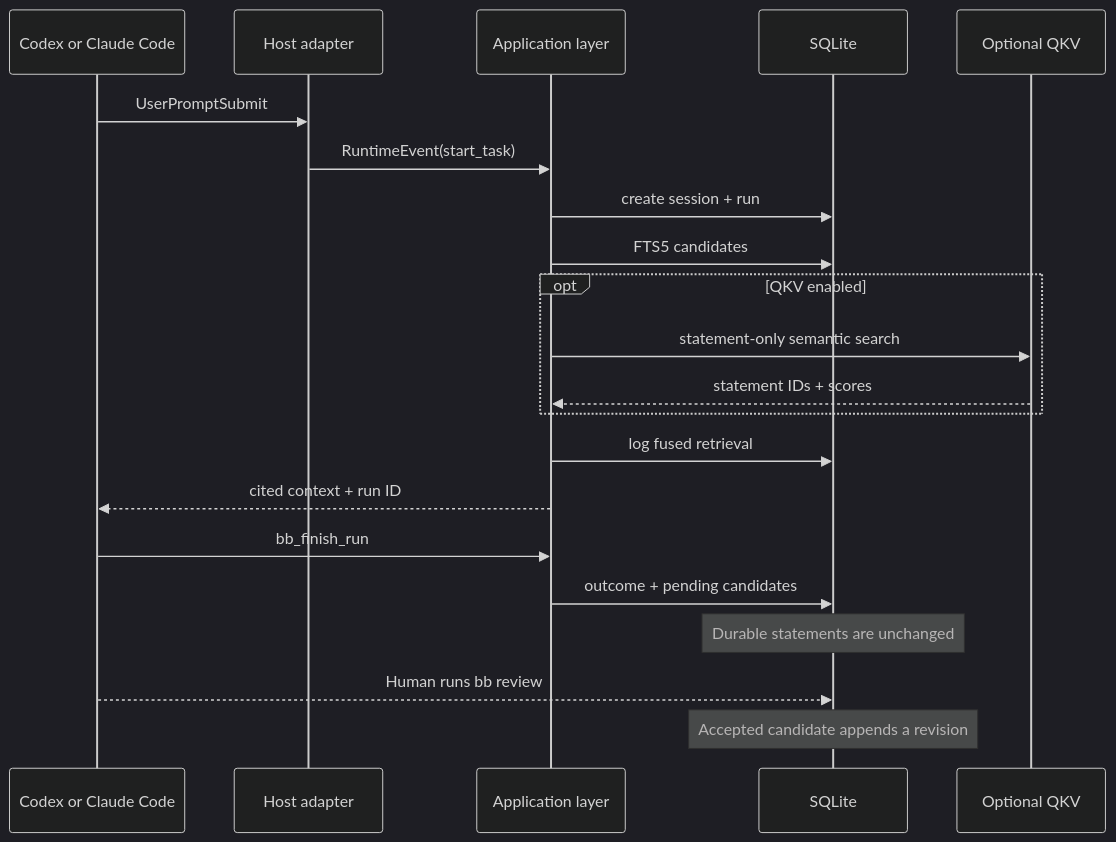
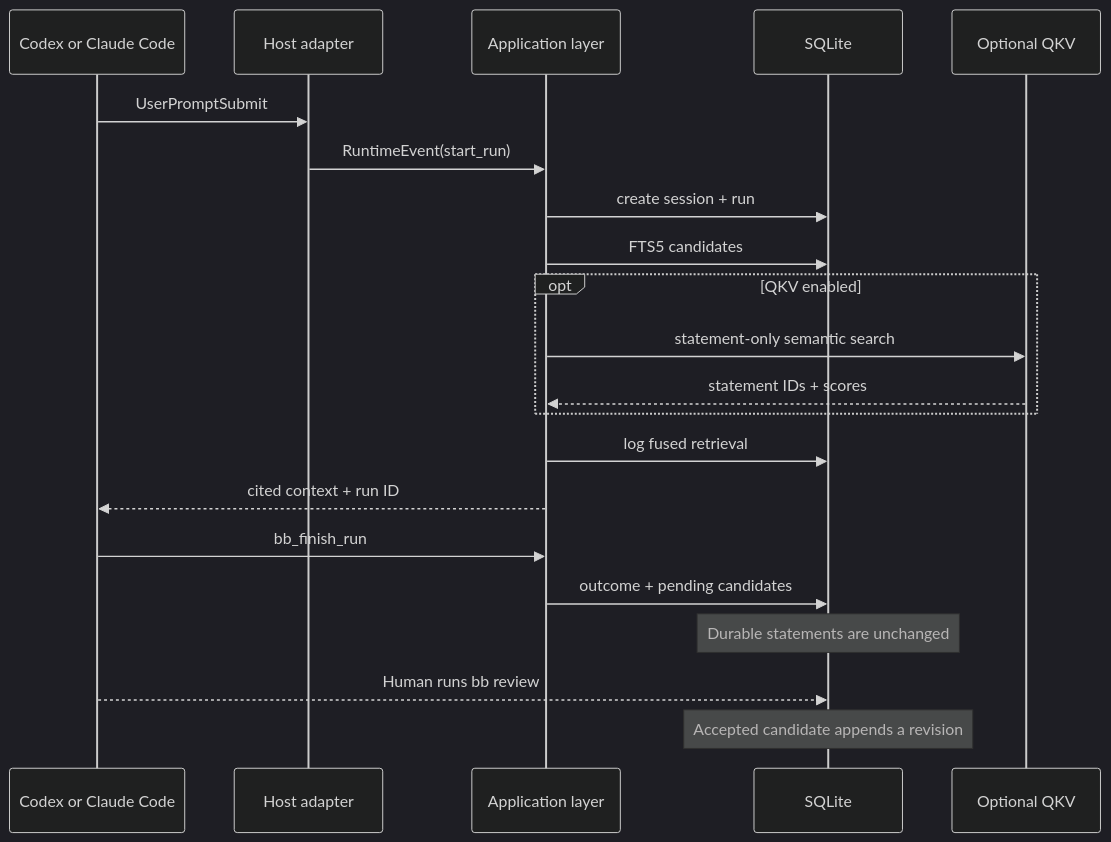
Before and after one commit to BreadBowlAI/bb-code: the second of 2 diagrams in docs/ARCHITECTURE.md, drawn with Mermaid (dark theme). The commit also changed 23 other files, not shown here.

````diff
--- a/docs/ARCHITECTURE.md
+++ b/docs/ARCHITECTURE.md
@@ -90,24 +90,24 @@
 ```mermaid
 sequenceDiagram
   participant Host as Codex or Claude Code
   participant Adapter as Host adapter
   participant App as Application layer
   participant DB as SQLite
   participant QKV as Optional QKV
 
   Host->>Adapter: UserPromptSubmit
-  Adapter->>App: RuntimeEvent(start_task)
+  Adapter->>App: RuntimeEvent(start_run)
   App->>DB: create session + run
   App->>DB: FTS5 candidates
   opt QKV enabled
     App->>QKV: statement-only semantic search
     QKV-->>App: statement IDs + scores
   end
   App->>DB: log fused retrieval
   App-->>Host: cited context + run ID
   Host->>App: bb_finish_run
   App->>DB: outcome + pending candidates
   Note over DB: Durable statements are unchanged
   Host-->>DB: Human runs bb review
   Note over DB: Accepted candidate appends a revision
 ```
````
